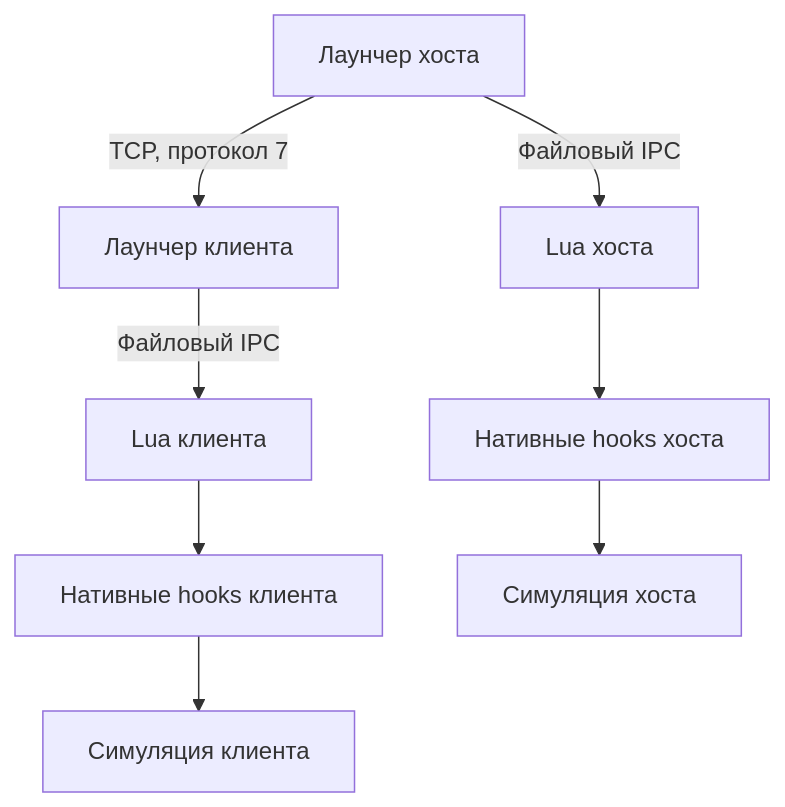
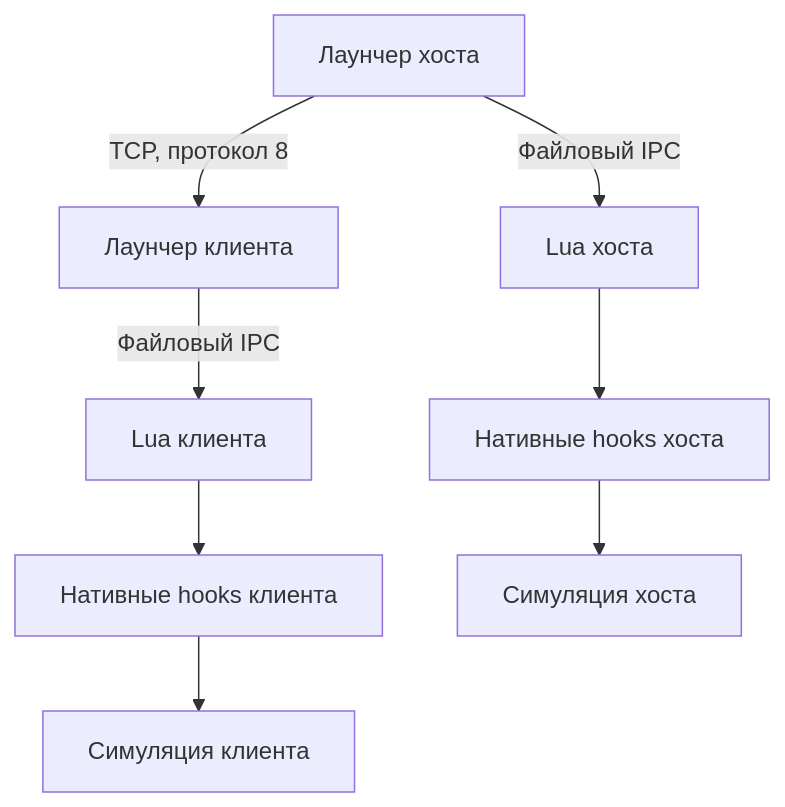
One commit to WestDed/TransportFever3-Multiplayer changed the diagram in ARCHITECTURE.md. Above: the diagram before and after it, drawn with Mermaid. The commit also changed other lines of this file and 17 other files, not shown here.

````diff
--- a/ARCHITECTURE.md
+++ b/ARCHITECTURE.md
@@ -11,10 +13,10 @@
 ```mermaid
 flowchart TD
-  H["Лаунчер хоста"] -->|"TCP, протокол 7"| C["Лаунчер клиента"]
+  H["Лаунчер хоста"] -->|"TCP, протокол 8"| C["Лаунчер клиента"]
   H -->|"Файловый IPC"| HL["Lua хоста"]
   C -->|"Файловый IPC"| CL["Lua клиента"]
   HL --> HN["Нативные hooks хоста"]
   CL --> CN["Нативные hooks клиента"]
   HN --> HE["Симуляция хоста"]
   CN --> CE["Симуляция клиента"]
 ```
````
